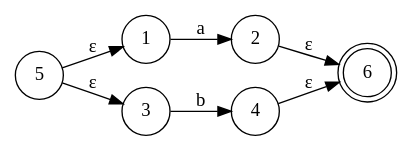
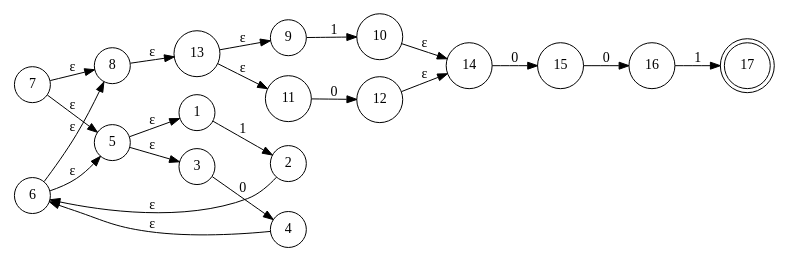
One commit to gusta257/Compis1 changed the diagram in fsm.gv. Above: the diagram before and after it, drawn with Graphviz. The commit also changed 13 other files, not shown here.

```diff
--- a/fsm.gv
+++ b/fsm.gv
@@ -1,17 +1,42 @@
 digraph finite_state_machine {
 	rankdir=LR size="8,5"
 	node [shape=doublecircle]
-	6
+	17
 	node [shape=circle]
-	1 -> 2 [label=a]
+	1 -> 2 [label=1]
 	node [shape=circle]
 	2 -> 6 [label="ε"]
 	node [shape=circle]
-	3 -> 4 [label=b]
+	3 -> 4 [label=0]
 	node [shape=circle]
 	4 -> 6 [label="ε"]
 	node [shape=circle]
 	5 -> 1 [label="ε"]
 	5 -> 3 [label="ε"]
 	node [shape=circle]
+	6 -> 8 [label="ε"]
+	6 -> 5 [label="ε"]
+	node [shape=circle]
+	7 -> 5 [label="ε"]
+	7 -> 8 [label="ε"]
+	node [shape=circle]
+	8 -> 13 [label="ε"]
+	node [shape=circle]
+	9 -> 10 [label=1]
+	node [shape=circle]
+	10 -> 14 [label="ε"]
+	node [shape=circle]
+	11 -> 12 [label=0]
+	node [shape=circle]
+	12 -> 14 [label="ε"]
+	node [shape=circle]
+	13 -> 9 [label="ε"]
+	13 -> 11 [label="ε"]
+	node [shape=circle]
+	14 -> 15 [label=0]
+	node [shape=circle]
+	15 -> 16 [label=0]
+	node [shape=circle]
+	16 -> 17 [label=1]
+	node [shape=circle]
 }
```
